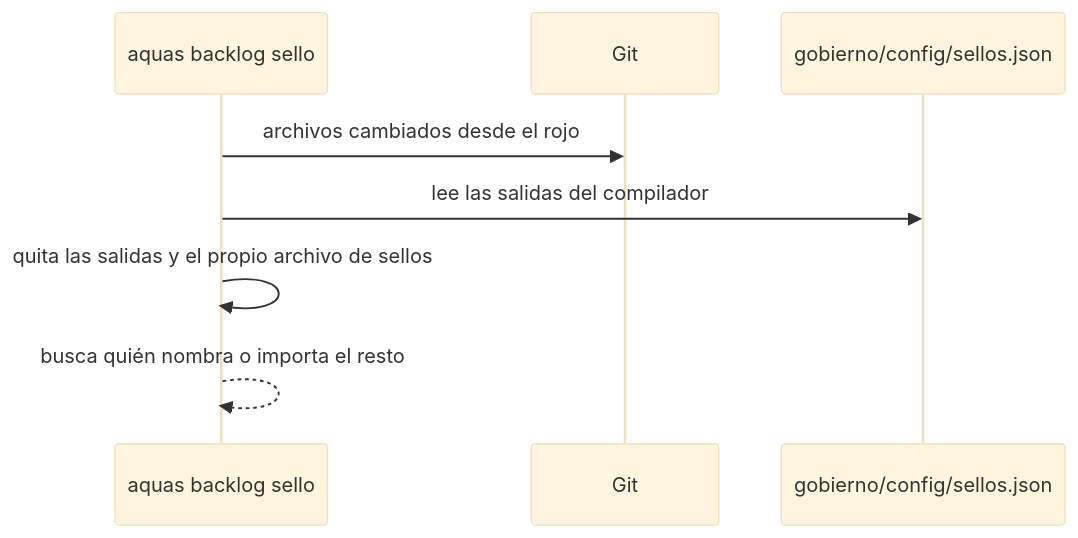
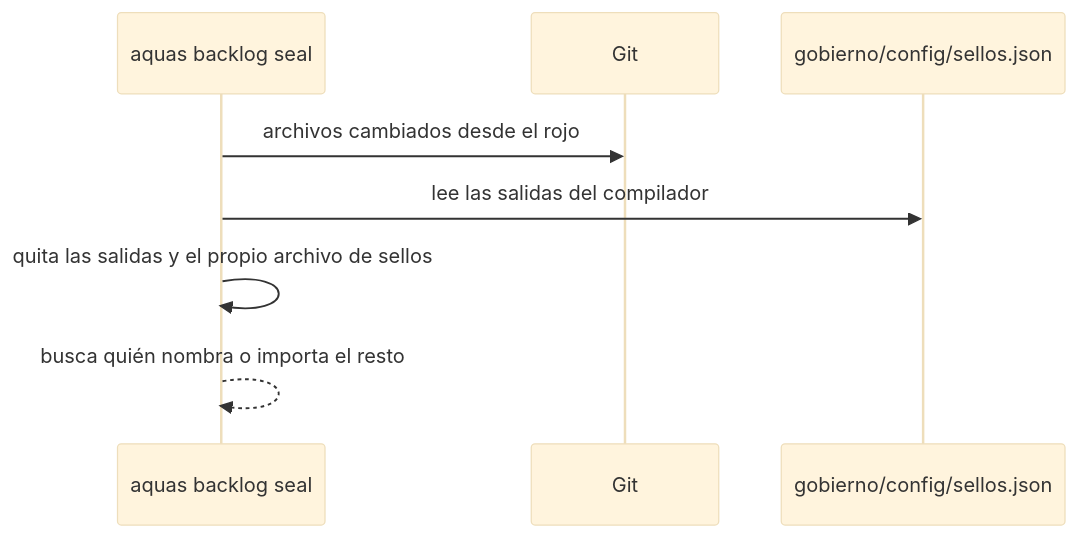
The diagram in docs/E001/F002/S014.md (jliberal-aquas/aquas-central-harness-government), drawn with Mermaid (base theme) before and after one commit. The commit also changed other lines of this file and 184 other files, not shown here.

````diff
--- a/docs/E001/F002/S014.md
+++ b/docs/E001/F002/S014.md
@@ -39,10 +39,10 @@
 ```mermaid
 sequenceDiagram
-    participant K as aquas backlog sello
+    participant K as aquas backlog seal
     participant G as Git
     participant S as gobierno/config/sellos.json
     K->>G: archivos cambiados desde el rojo
     K->>S: lee las salidas del compilador
     K->>K: quita las salidas y el propio archivo de sellos
     K-->>K: busca quién nombra o importa el resto
 ```
````
